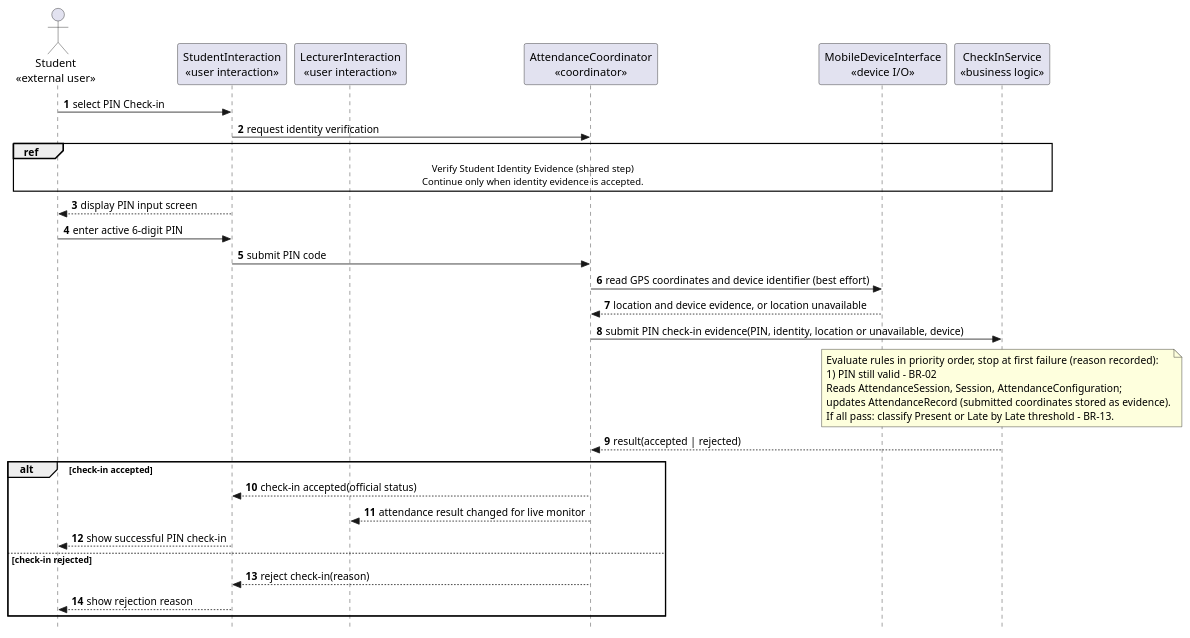
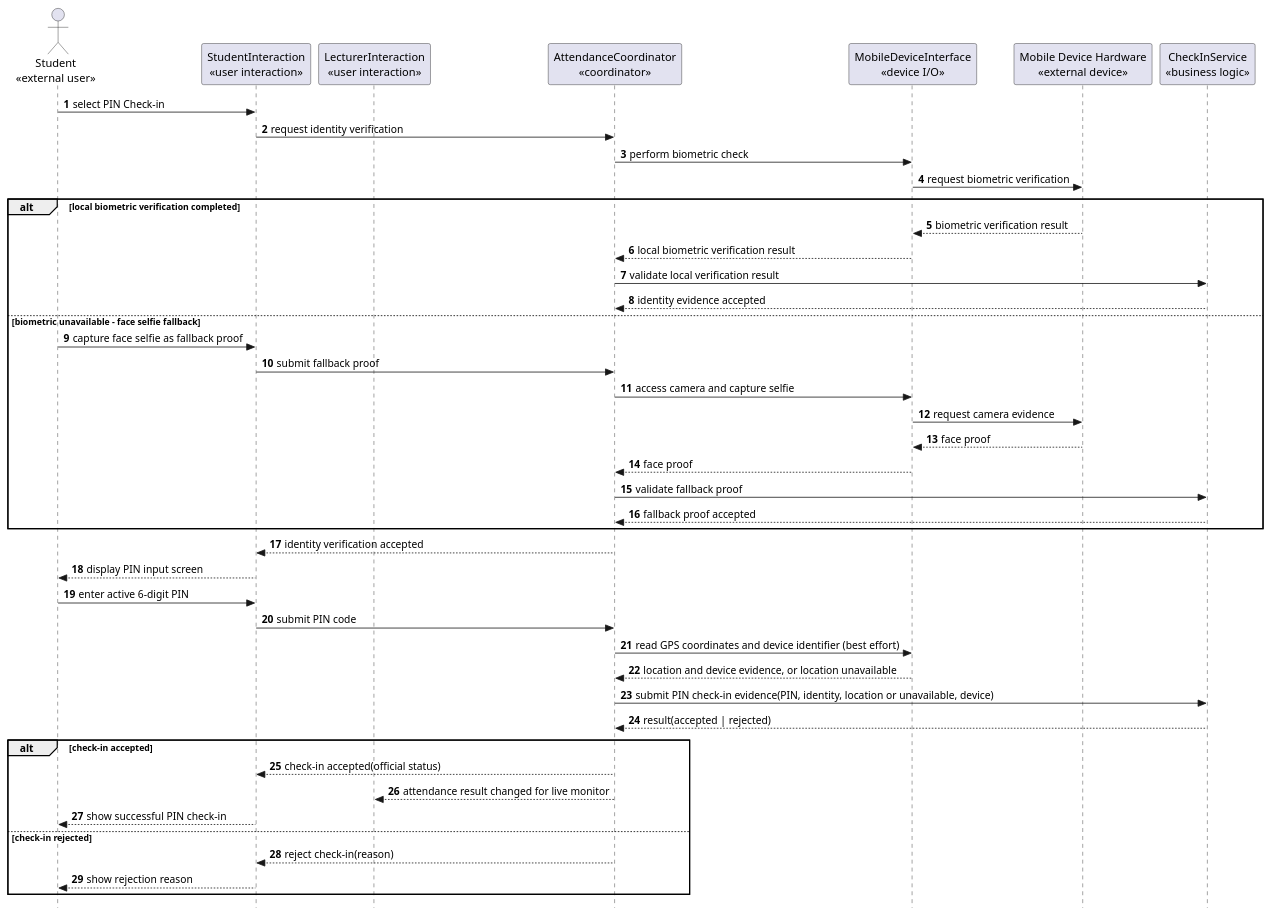
The second of 3 diagrams in docs/rds/2_Sequence_Diagram.md (nttung42/SWD392), drawn with PlantUML before and after one commit. The commit also changed other lines of this file and 2 other files, not shown here.

Commit message:
gộp shared steps

````diff
--- a/docs/rds/2_Sequence_Diagram.md
+++ b/docs/rds/2_Sequence_Diagram.md
@@ -115,45 +83,52 @@
 ```plantuml
 @startuml
 skinparam style strictuml
 autonumber
 actor "Student\n«external user»" as Student
 participant "StudentInteraction\n«user interaction»" as StudentUI
 participant "LecturerInteraction\n«user interaction»" as LecturerUI
 participant "AttendanceCoordinator\n«coordinator»" as CheckInControl
 participant "MobileDeviceInterface\n«device I/O»" as MobileSensor
+participant "Mobile Device Hardware\n«external device»" as MobileHardware
 participant "CheckInService\n«business logic»" as AttendanceRules
 
 Student -> StudentUI : select PIN Check-in
 StudentUI -> CheckInControl : request identity verification
-ref over Student, StudentUI, CheckInControl, MobileSensor, AttendanceRules
-  Verify Student Identity Evidence (shared step)
-  Continue only when identity evidence is accepted.
-end ref
+CheckInControl -> MobileSensor : perform biometric check
+MobileSensor -> MobileHardware : request biometric verification
+
+alt local biometric verification completed
+  MobileHardware --> MobileSensor : biometric verification result
+  MobileSensor --> CheckInControl : local biometric verification result
+  CheckInControl -> AttendanceRules : validate local verification result
+  AttendanceRules --> CheckInControl : identity evidence accepted
+else biometric unavailable - face selfie fallback
+  Student -> StudentUI : capture face selfie as fallback proof
+  StudentUI -> CheckInControl : submit fallback proof
+  CheckInControl -> MobileSensor : access camera and capture selfie
+  MobileSensor -> MobileHardware : request camera evidence
+  MobileHardware --> MobileSensor : face proof
+  MobileSensor --> CheckInControl : face proof
+  CheckInControl -> AttendanceRules : validate fallback proof
+  AttendanceRules --> CheckInControl : fallback proof accepted
+end
+CheckInControl --> StudentUI : identity verification accepted
 
 StudentUI --> Student : display PIN input screen
 Student -> StudentUI : enter active 6-digit PIN
 StudentUI -> CheckInControl : submit PIN code
 CheckInControl -> MobileSensor : read GPS coordinates and device identifier (best effort)
 MobileSensor --> CheckInControl : location and device evidence, or location unavailable
 CheckInControl -> AttendanceRules : submit PIN check-in evidence(PIN, identity, location or unavailable, device)
-
-note over AttendanceRules
-  Evaluate rules in priority order, stop at first failure (reason recorded):
-  1) PIN still valid - BR-02
-  Reads AttendanceSession, Session, AttendanceConfiguration;
-  updates AttendanceRecord (submitted coordinates stored as evidence).
-  If all pass: classify Present or Late by Late threshold - BR-13.
-end note
-
 AttendanceRules --> CheckInControl : result(accepted | rejected)
 
 alt check-in accepted
   CheckInControl --> StudentUI : check-in accepted(official status)
   CheckInControl --> LecturerUI : attendance result changed for live monitor
   StudentUI --> Student : show successful PIN check-in
 else check-in rejected
   CheckInControl --> StudentUI : reject check-in(reason)
   StudentUI --> Student : show rejection reason
 end
 @enduml
 ```
````
